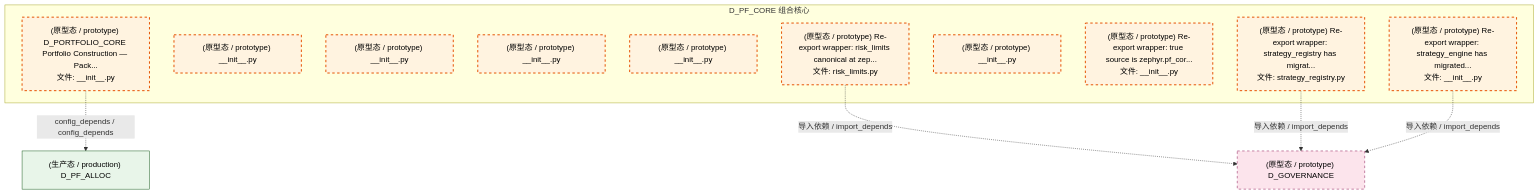
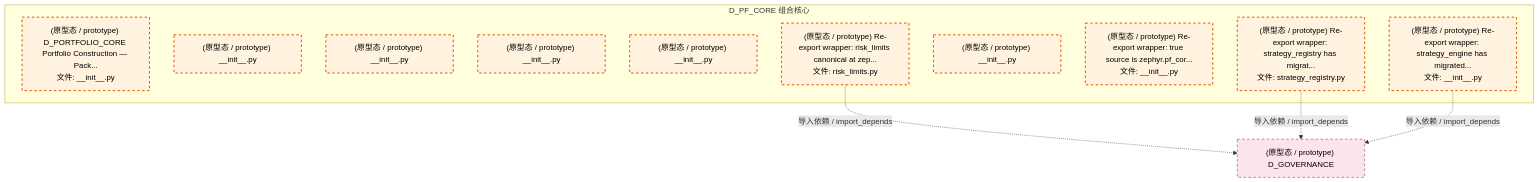
One commit to xuanFelixVan/ZephyrAlpha changed the third of 4 diagrams in docs/02_enterprise_architecture/02_domain_architecture_docs/50_d_pf_core.md. Above: the diagram before and after it, drawn with Mermaid. The commit also changed other lines of this file and 112 other files, not shown here.

````diff
--- a/docs/02_enterprise_architecture/02_domain_architecture_docs/50_d_pf_core.md
+++ b/docs/02_enterprise_architecture/02_domain_architecture_docs/50_d_pf_core.md
@@ -145,28 +143,25 @@
 ```mermaid
 graph TD
     subgraph D_PF_CORE["D_PF_CORE 组合核心"]
         src_zephyr_pf_core_init_py["(原型态 / prototype) D_PORTFOLIO_CORE Portfolio Construction — Pack...<br/>文件: __init__.py"]
         src_zephyr_pf_core_extensions_init_py["(原型态 / prototype) __init__.py"]
         src_zephyr_pf_core_api_init_py["(原型态 / prototype) __init__.py"]
         src_zephyr_pf_core_core_init_py["(原型态 / prototype) __init__.py"]
         src_zephyr_pf_core_infrastructure_init_py["(原型态 / prototype) __init__.py"]
         src_zephyr_pf_core_risk_limits_py["(原型态 / prototype) Re-export wrapper: risk_limits canonical at zep...<br/>文件: risk_limits.py"]
         src_zephyr_pf_core_services_init_py["(原型态 / prototype) __init__.py"]
         src_zephyr_pf_core_strategies_init_py["(原型态 / prototype) Re-export wrapper: true source is zephyr.pf_cor...<br/>文件: __init__.py"]
         src_zephyr_pf_core_strategy_engine_init_py["(原型态 / prototype) Re-export wrapper: strategy_engine has migrated...<br/>文件: __init__.py"]
         src_zephyr_pf_core_strategy_registry_py["(原型态 / prototype) Re-export wrapper: strategy_registry has migrat...<br/>文件: strategy_registry.py"]
     end
     D_GOVERNANCE["(原型态 / prototype) D_GOVERNANCE"]
     src_zephyr_pf_core_risk_limits_py -.->|导入依赖 / import_depends| D_GOVERNANCE
     src_zephyr_pf_core_strategy_registry_py -.->|导入依赖 / import_depends| D_GOVERNANCE
-    D_PF_ALLOC["(生产态 / production) D_PF_ALLOC"]
-    src_zephyr_pf_core_init_py -.->|config_depends / config_depends| D_PF_ALLOC
     src_zephyr_pf_core_strategy_engine_init_py -.->|导入依赖 / import_depends| D_GOVERNANCE
     classDef production fill:#e1f5fe,stroke:#01579b,stroke-width:2px,color:#000
     classDef design fill:#fff3e0,stroke:#e65100,stroke-width:2px,color:#000,stroke-dasharray: 5 5
     classDef external_prod fill:#e8f5e9,stroke:#1b5e20,stroke-width:1px,color:#000
     classDef external_design fill:#fce4ec,stroke:#880e4f,stroke-width:1px,color:#000,stroke-dasharray: 5 5
     class src_zephyr_pf_core_init_py,src_zephyr_pf_core_extensions_init_py,src_zephyr_pf_core_api_init_py,src_zephyr_pf_core_core_init_py,src_zephyr_pf_core_infrastructure_init_py,src_zephyr_pf_core_risk_limits_py,src_zephyr_pf_core_services_init_py,src_zephyr_pf_core_strategies_init_py,src_zephyr_pf_core_strategy_engine_init_py,src_zephyr_pf_core_strategy_registry_py design
-    class D_PF_ALLOC external_prod
     class D_GOVERNANCE external_design
 ```
````
